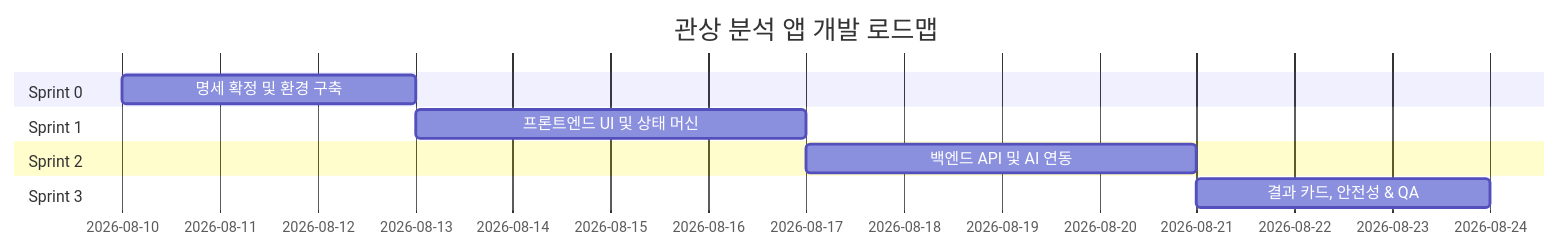
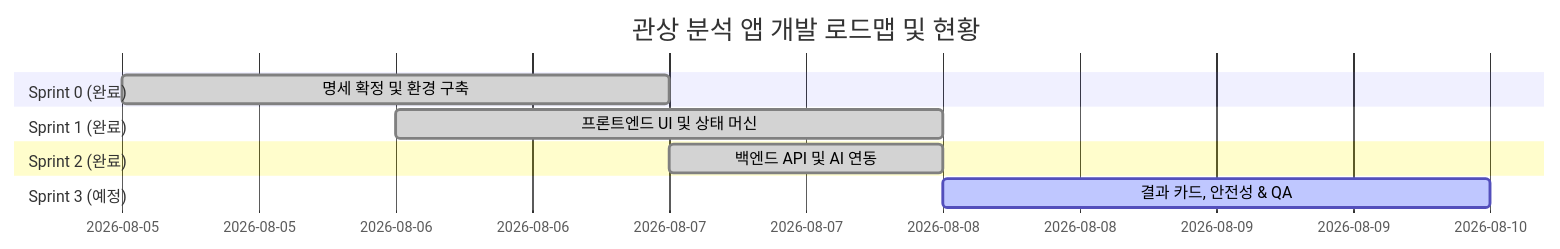
One commit to haruki1987/face-app changed the diagram in docs/DEVELOPMENT_PLAN.md. Above: the diagram before and after it, drawn with Mermaid. The commit also changed other lines of this file and 9 other files, not shown here.

Commit message:
feat: implement Sprint 2 AI vision analysis API route & documentation update

````diff
--- a/docs/DEVELOPMENT_PLAN.md
+++ b/docs/DEVELOPMENT_PLAN.md
@@ -35,13 +23,13 @@
 ```mermaid
 gantt
-    title 관상 분석 앱 개발 로드맵
+    title 관상 분석 앱 개발 로드맵 및 현황
     dateFormat  YYYY-MM-DD
-    section Sprint 0
-    명세 확정 및 환경 구축       :s0, 2026-08-10, 3d
-    section Sprint 1
-    프론트엔드 UI 및 상태 머신   :s1, after s0, 4d
-    section Sprint 2
-    백엔드 API 및 AI 연동       :s2, after s1, 4d
-    section Sprint 3
-    결과 카드, 안전성 & QA     :s3, after s2, 3d
+    section Sprint 0 (완료)
+    명세 확정 및 환경 구축       :done, s0, 2026-08-05, 2d
+    section Sprint 1 (완료)
+    프론트엔드 UI 및 상태 머신   :done, s1, 2026-08-06, 2d
+    section Sprint 2 (완료)
+    백엔드 API 및 AI 연동       :done, s2, 2026-08-07, 1d
+    section Sprint 3 (예정)
+    결과 카드, 안전성 & QA     :active, s3, 2026-08-08, 2d
 ```
````
